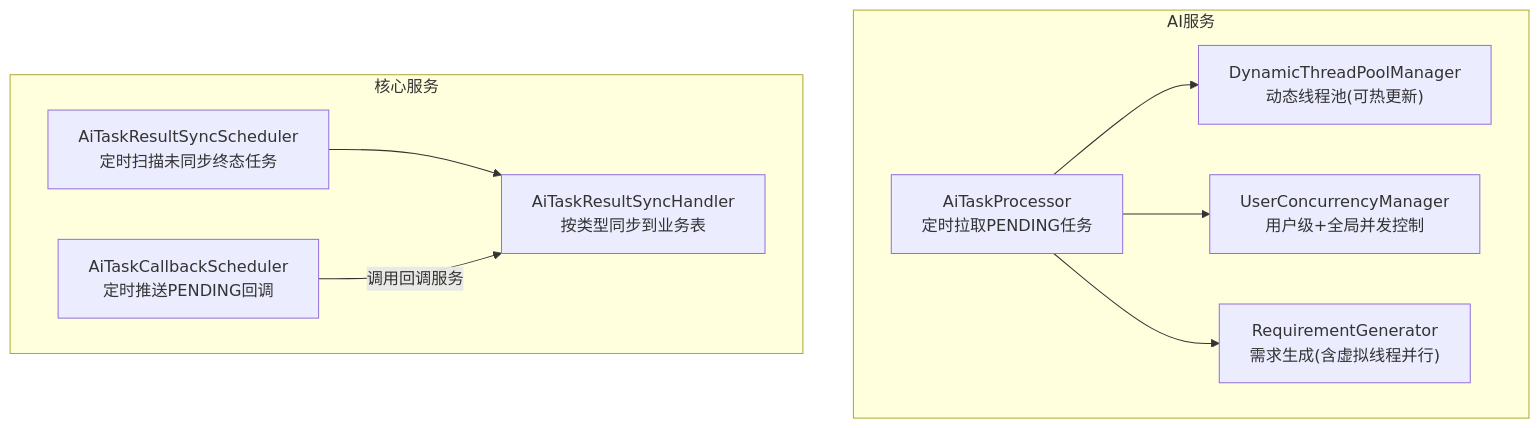
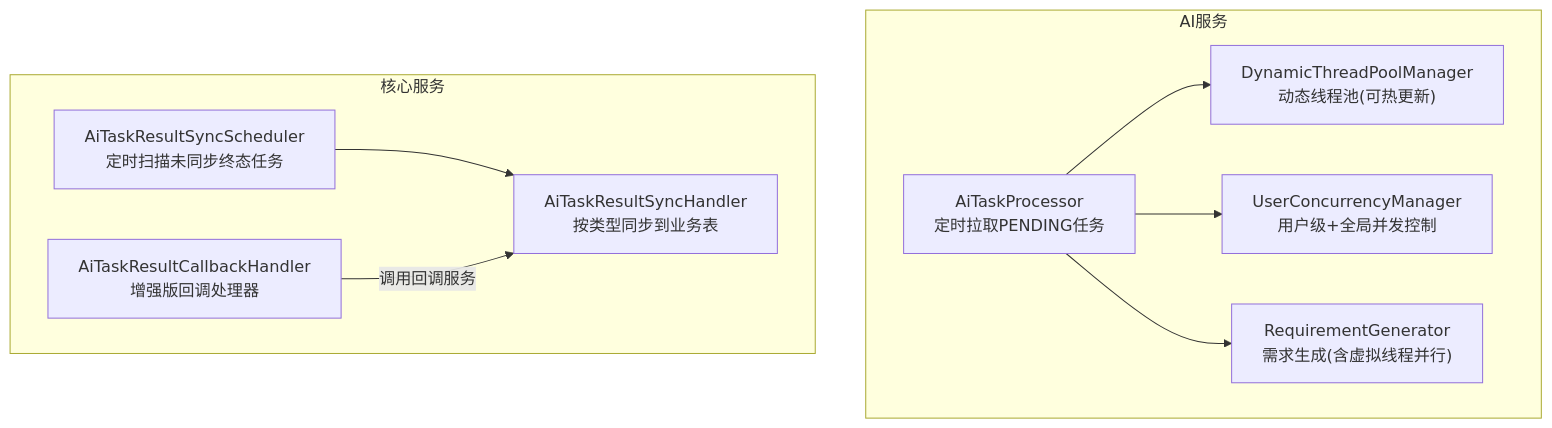
One commit to DrunkFood/First changed the first of 10 diagrams in .qoder/repowiki/zh/content/后端服务/交互服务 (ele-ai-tender-interaction)/回调机制与异步处理.md. Above: the diagram before and after it, drawn with Mermaid. The commit also changed other lines of this file and 77 other files, not shown here.

````diff
--- a/.qoder/repowiki/zh/content/后端服务/交互服务 (ele-ai-tender-interaction)/回调机制与异步处理.md
+++ b/.qoder/repowiki/zh/content/后端服务/交互服务 (ele-ai-tender-interaction)/回调机制与异步处理.md
@@ -39,19 +46,19 @@
 ```mermaid
 graph TB
 subgraph "AI服务"
 A["AiTaskProcessor<br/>定时拉取PENDING任务"]
 B["DynamicThreadPoolManager<br/>动态线程池(可热更新)"]
 C["UserConcurrencyManager<br/>用户级+全局并发控制"]
 D["RequirementGenerator<br/>需求生成(含虚拟线程并行)"]
 end
 subgraph "核心服务"
 E["AiTaskResultSyncScheduler<br/>定时扫描未同步终态任务"]
 F["AiTaskResultSyncHandler<br/>按类型同步到业务表"]
-G["AiTaskCallbackScheduler<br/>定时推送PENDING回调"]
+G["AiTaskResultCallbackHandler<br/>增强版回调处理器"]
 end
 A --> B
 A --> C
 A --> D
 E --> F
 G --> |"调用回调服务"| F
 ```
````
